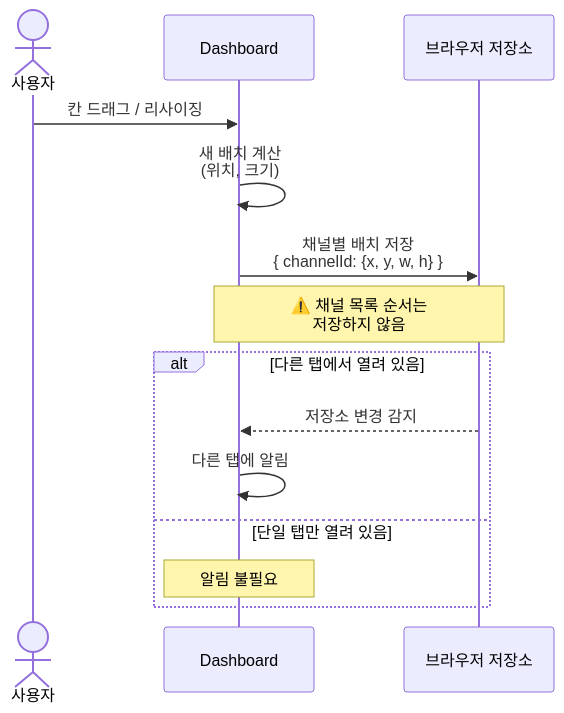
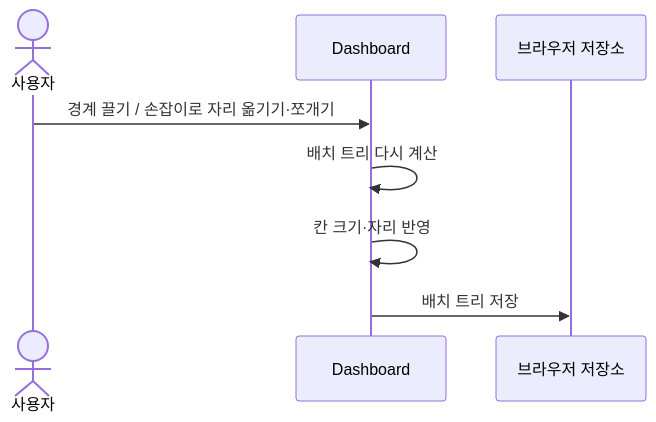
Before and after one commit to QYnote/ChzzkMultiViewer: the fourth of 6 diagrams in document/Process-Viewpoint/Flows-UserInteractions.md, drawn with Mermaid. The commit also changed other lines of this file and 14 other files, not shown here.

````diff
--- a/document/Process-Viewpoint/Flows-UserInteractions.md
+++ b/document/Process-Viewpoint/Flows-UserInteractions.md
@@ -101,18 +86,11 @@
 ```mermaid
 sequenceDiagram
-    actor User as 사용자
-    participant Dashboard
-    participant Storage as 브라우저 저장소
+  actor U as 사용자
+  participant D as Dashboard
+  participant S as 브라우저 저장소
 
-    User->>Dashboard: 칸 드래그 / 리사이징
-    Dashboard->>Dashboard: 새 배치 계산<br/>(위치, 크기)
-    Dashboard->>Storage: 채널별 배치 저장<br/>{ channelId: {x, y, w, h} }
-    Note over Dashboard,Storage: ⚠️ 채널 목록 순서는<br/>저장하지 않음
-
-    alt 다른 탭에서 열려 있음
-        Storage-->>Dashboard: 저장소 변경 감지
-        Dashboard->>Dashboard: 다른 탭에 알림
-    else 단일 탭만 열려 있음
-        Note over Dashboard: 알림 불필요
-    end
+  U->>D: 경계 끌기 / 손잡이로 자리 옮기기·쪼개기
+  D->>D: 배치 트리 다시 계산
+  D->>D: 칸 크기·자리 반영
+  D->>S: 배치 트리 저장
 ```
````
